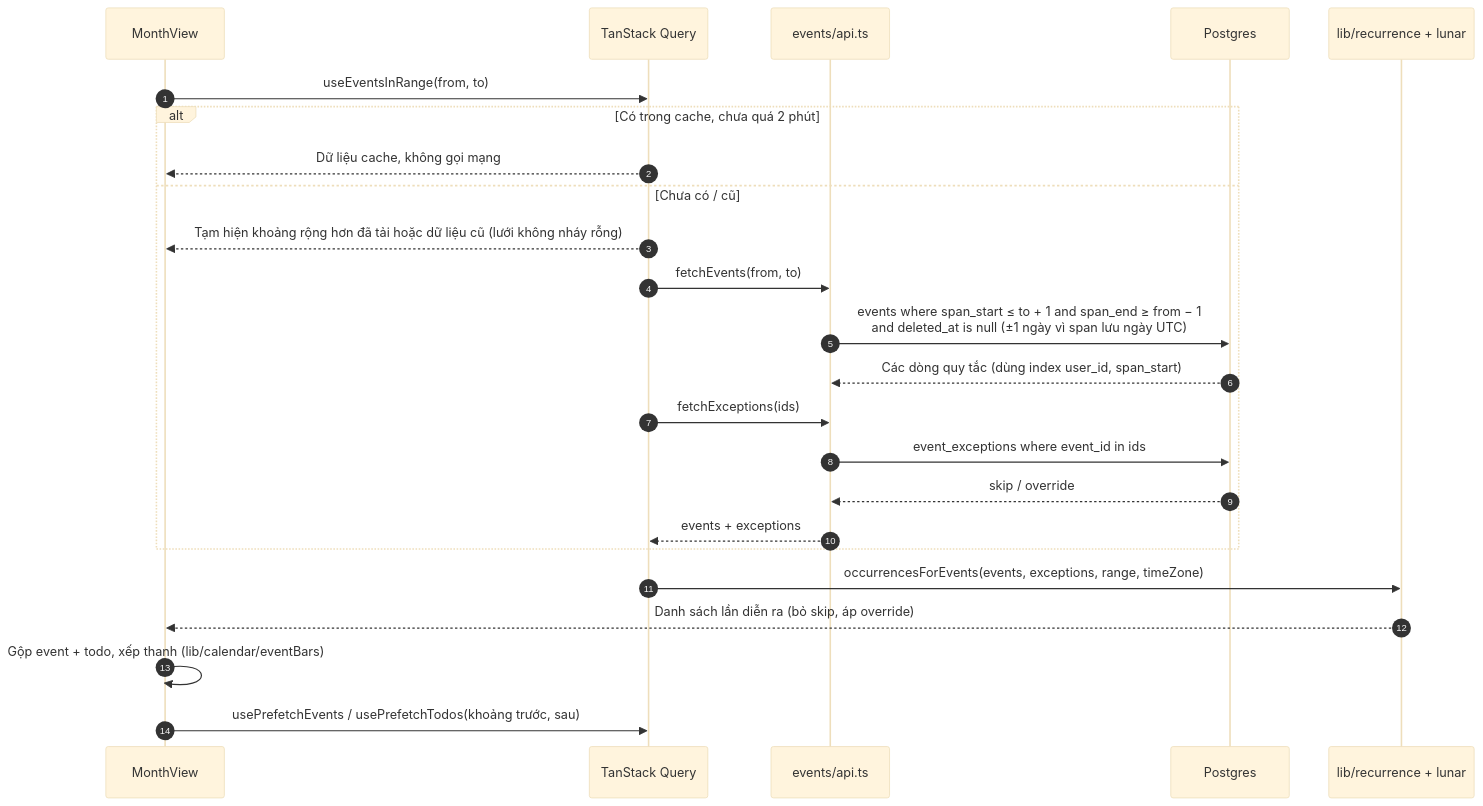
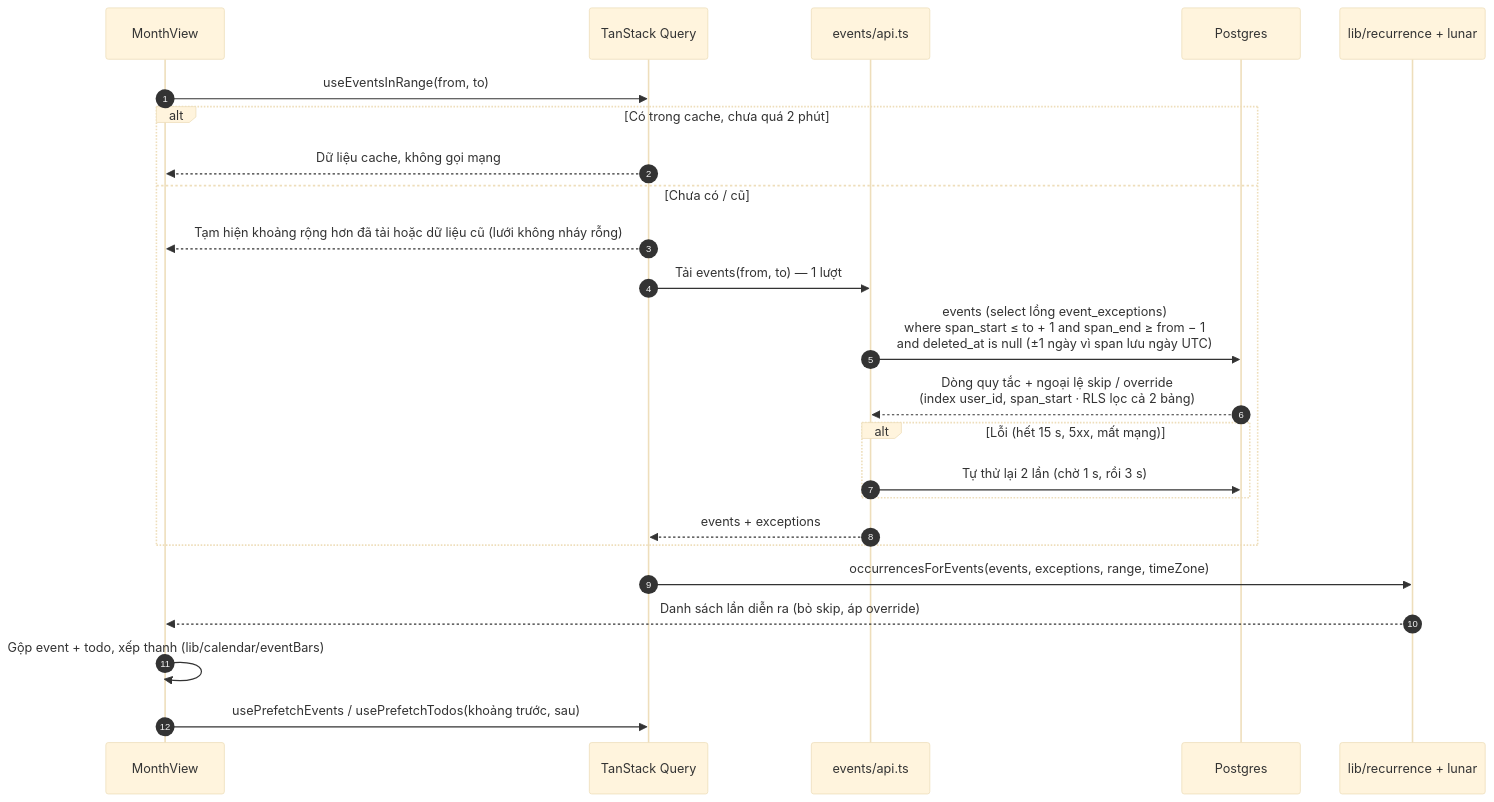
The diagram in docs/specs/architecture/calendar.md (danhbuidcn/daynest), drawn with Mermaid (base theme) before and after one commit. The commit also changed other lines of this file and 13 other files, not shown here.

Commit message:
docs: architecture per latest spec

````diff
--- a/docs/specs/architecture/calendar.md
+++ b/docs/specs/architecture/calendar.md
@@ -9,27 +9,27 @@
 ```mermaid
 sequenceDiagram
   autonumber
   participant UI as MonthView
   participant Q as TanStack Query
   participant API as events/api.ts
   participant DB as Postgres
   participant L as lib/recurrence + lunar
 
   UI->>Q: useEventsInRange(from, to)
   alt Có trong cache, chưa quá 2 phút
     Q-->>UI: Dữ liệu cache, không gọi mạng
   else Chưa có / cũ
     Q-->>UI: Tạm hiện khoảng rộng hơn đã tải hoặc dữ liệu cũ (lưới không nháy rỗng)
-    Q->>API: fetchEvents(from, to)
-    API->>DB: events where span_start ≤ to + 1 and span_end ≥ from − 1<br/>and deleted_at is null (±1 ngày vì span lưu ngày UTC)
-    DB-->>API: Các dòng quy tắc (dùng index user_id, span_start)
-    Q->>API: fetchExceptions(ids)
-    API->>DB: event_exceptions where event_id in ids
-    DB-->>API: skip / override
+    Q->>API: Tải events(from, to) — 1 lượt
+    API->>DB: events (select lồng event_exceptions)<br/>where span_start ≤ to + 1 and span_end ≥ from − 1<br/>and deleted_at is null (±1 ngày vì span lưu ngày UTC)
+    DB-->>API: Dòng quy tắc + ngoại lệ skip / override<br/>(index user_id, span_start · RLS lọc cả 2 bảng)
+    alt Lỗi (hết 15 s, 5xx, mất mạng)
+      API->>DB: Tự thử lại 2 lần (chờ 1 s, rồi 3 s)
+    end
     API-->>Q: events + exceptions
   end
   Q->>L: occurrencesForEvents(events, exceptions, range, timeZone)
   L-->>UI: Danh sách lần diễn ra (bỏ skip, áp override)
   UI->>UI: Gộp event + todo, xếp thanh (lib/calendar/eventBars)
   UI->>Q: usePrefetchEvents / usePrefetchTodos(khoảng trước, sau)
 ```
````
